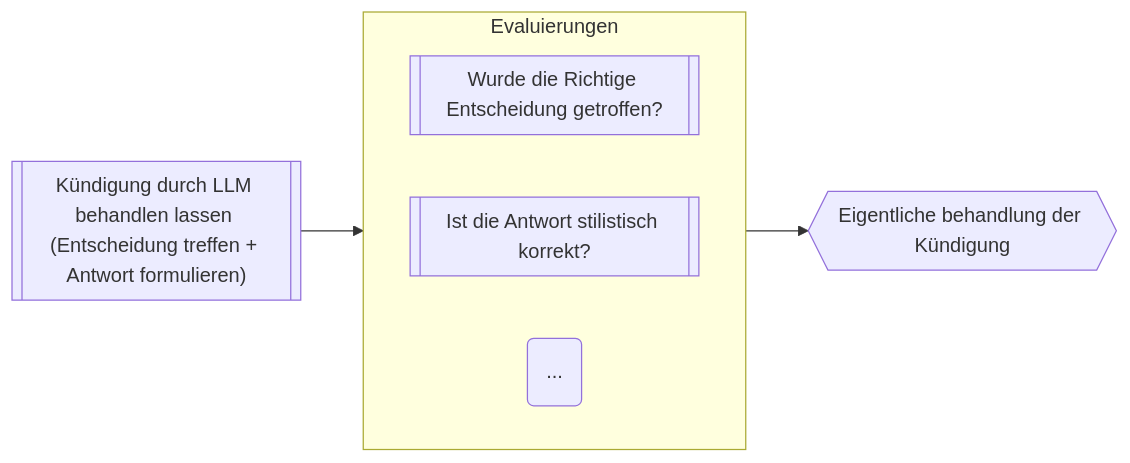
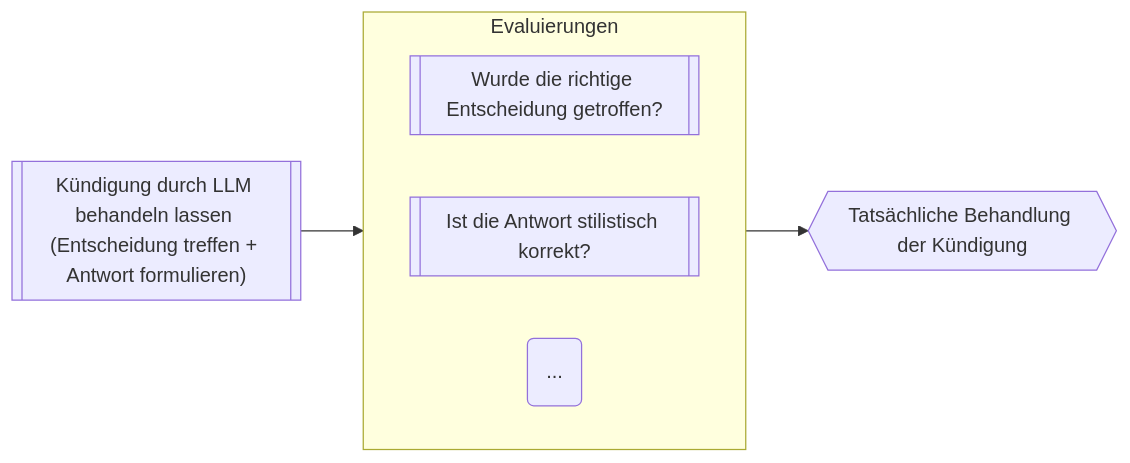
The fifth of 10 diagrams in slides.md (FausztBenedek/fcb-presentation-ki-workflow), drawn with Mermaid before and after one commit. The commit also changed other lines of this file, not shown here.

````diff
--- a/slides.md
+++ b/slides.md
@@ -434,14 +425,14 @@
 ```mermaid
 graph LR
 
-termination_handled_by_llm[["Kündigung durch LLM behandlen lassen (Entscheidung treffen + Antwort formulieren)"]]
+termination_handled_by_llm[["Kündigung durch LLM behandeln lassen (Entscheidung treffen + Antwort formulieren)"]]
 termination_handled_by_llm --> Evaluierungen
 subgraph Evaluierungen
 direction LR
-    right_decision[["Wurde die Richtige Entscheidung getroffen?"]]
+    right_decision[["Wurde die richtige Entscheidung getroffen?"]]
     answer_conciseness[["Ist die Antwort stilistisch korrekt?"]]
     other("...")
 end
-termination_handling{{"Eigentliche behandlung der Kündigung"}}
+termination_handling{{"Tatsächliche Behandlung der Kündigung"}}
 Evaluierungen --> termination_handling
 ```
````
